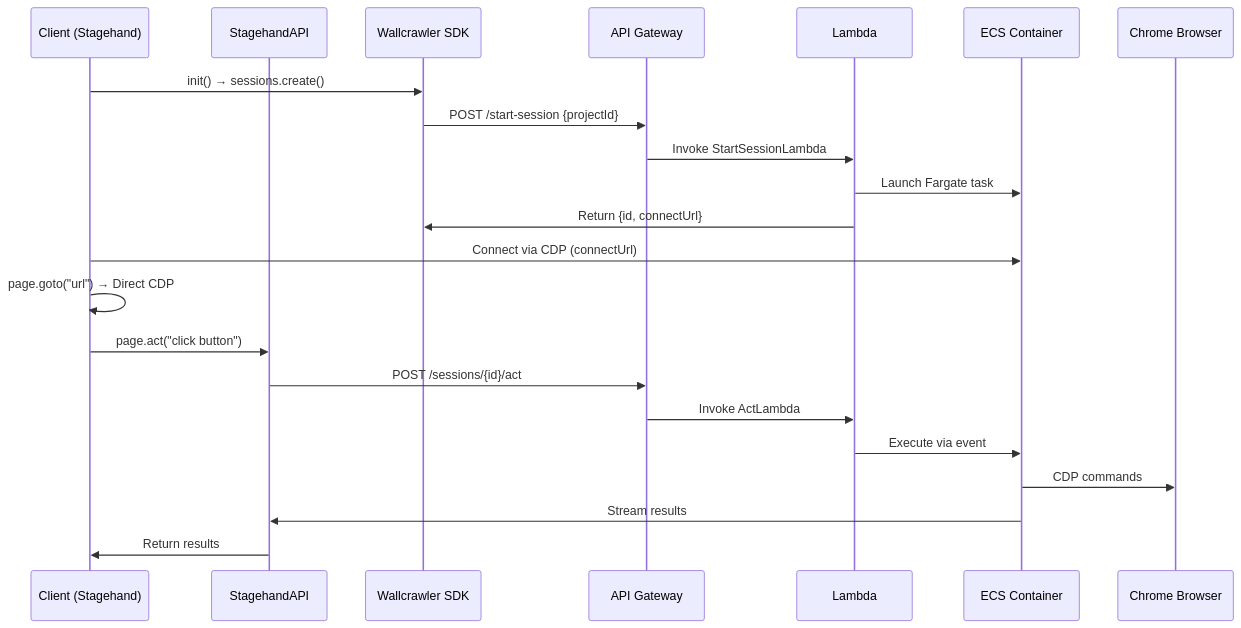
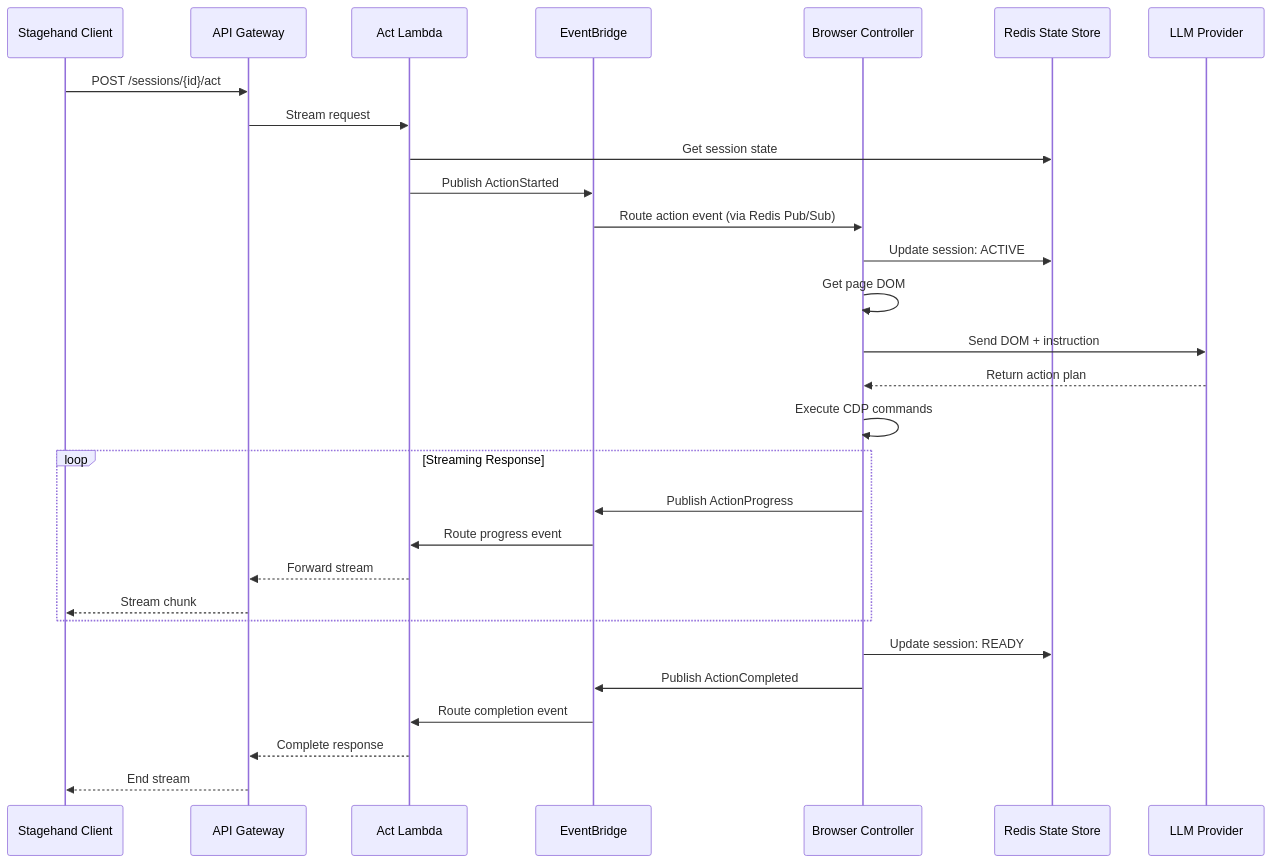
Before and after one commit to Volpestyle/wallcrawler: the fourth of 18 diagrams in docs/wallcrawler-design-doc.md, drawn with Mermaid. The commit also changed other lines of this file and 22 other files, not shown here.

````diff
--- a/docs/wallcrawler-design-doc.md
+++ b/docs/wallcrawler-design-doc.md
@@ -178,27 +267,35 @@
 ```mermaid
 sequenceDiagram
-    participant Client as Client (Stagehand)
-    participant StagehandAPI as StagehandAPI
-    participant SDK as Wallcrawler SDK
+    participant Client as Stagehand Client
     participant API as API Gateway
-    participant Lambda as Lambda
-    participant ECS as ECS Container
-    participant Chrome as Chrome Browser
+    participant ActLambda as Act Lambda
+    participant EventBridge as EventBridge
+    participant Browser as Browser Controller
+    participant Redis as Redis State Store
+    participant LLM as LLM Provider
 
-    Client->>SDK: init() → sessions.create()
-    SDK->>API: POST /start-session {projectId}
-    API->>Lambda: Invoke StartSessionLambda
-    Lambda->>ECS: Launch Fargate task
-    Lambda->>SDK: Return {id, connectUrl}
+    Client->>API: POST /sessions/{id}/act
+    API->>ActLambda: Stream request
+    ActLambda->>Redis: Get session state
+    ActLambda->>EventBridge: Publish ActionStarted
 
-    Client->>ECS: Connect via CDP (connectUrl)
-    Client->>Client: page.goto("url") → Direct CDP
+    EventBridge->>Browser: Route action event (via Redis Pub/Sub)
+    Browser->>Redis: Update session: ACTIVE
+    Browser->>Browser: Get page DOM
+    Browser->>LLM: Send DOM + instruction
+    LLM-->>Browser: Return action plan
+    Browser->>Browser: Execute CDP commands
 
-    Client->>StagehandAPI: page.act("click button")
-    StagehandAPI->>API: POST /sessions/{id}/act
-    API->>Lambda: Invoke ActLambda
-    Lambda->>ECS: Execute via event
-    ECS->>Chrome: CDP commands
-    ECS->>StagehandAPI: Stream results
-    StagehandAPI->>Client: Return results
+    loop Streaming Response
+        Browser->>EventBridge: Publish ActionProgress
+        EventBridge->>ActLambda: Route progress event
+        ActLambda-->>API: Forward stream
+        API-->>Client: Stream chunk
+    end
+
+    Browser->>Redis: Update session: READY
+    Browser->>EventBridge: Publish ActionCompleted
+    EventBridge->>ActLambda: Route completion event
+    ActLambda-->>API: Complete response
+    API-->>Client: End stream
 ```
````
